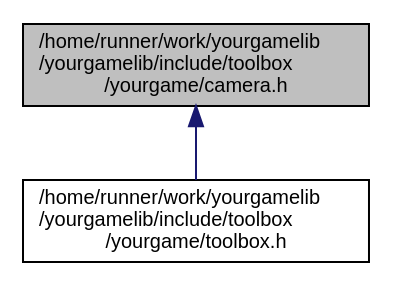
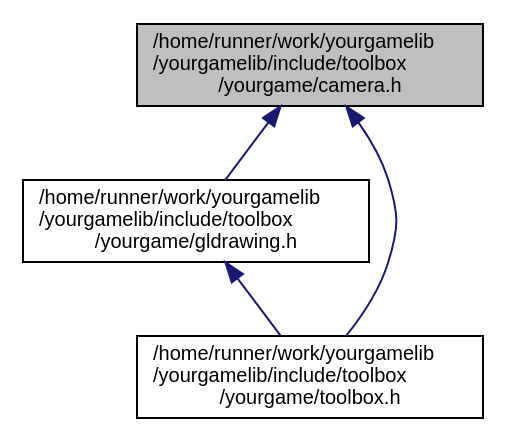
Before and after one commit to duddel/yourgamelib: the diagram in camera_8h__dep__incl.dot, drawn with Graphviz. The commit also changed 50 other files, not shown here.

```diff
--- a/camera_8h__dep__incl.dot
+++ b/camera_8h__dep__incl.dot
@@ -1,8 +1,11 @@
 digraph "/home/runner/work/yourgamelib/yourgamelib/include/toolbox/yourgame/camera.h"
 {
   edge [fontname="Helvetica",fontsize="10",labelfontname="Helvetica",labelfontsize="10"];
   node [fontname="Helvetica",fontsize="10",shape=record];
   Node4 [label="/home/runner/work/yourgamelib\l/yourgamelib/include/toolbox\l/yourgame/camera.h",height=0.2,width=0.4,color="black", fillcolor="grey75", style="filled", fontcolor="black"];
   Node4 -> Node5 [dir="back",color="midnightblue",fontsize="10",style="solid",fontname="Helvetica"];
-  Node5 [label="/home/runner/work/yourgamelib\l/yourgamelib/include/toolbox\l/yourgame/toolbox.h",height=0.2,width=0.4,color="black", fillcolor="white", style="filled",URL="$toolbox_8h.html"];
+  Node5 [label="/home/runner/work/yourgamelib\l/yourgamelib/include/toolbox\l/yourgame/gldrawing.h",height=0.2,width=0.4,color="black", fillcolor="white", style="filled",URL="$gldrawing_8h.html"];
+  Node5 -> Node6 [dir="back",color="midnightblue",fontsize="10",style="solid",fontname="Helvetica"];
+  Node6 [label="/home/runner/work/yourgamelib\l/yourgamelib/include/toolbox\l/yourgame/toolbox.h",height=0.2,width=0.4,color="black", fillcolor="white", style="filled",URL="$toolbox_8h.html"];
+  Node4 -> Node6 [dir="back",color="midnightblue",fontsize="10",style="solid",fontname="Helvetica"];
 }
```
